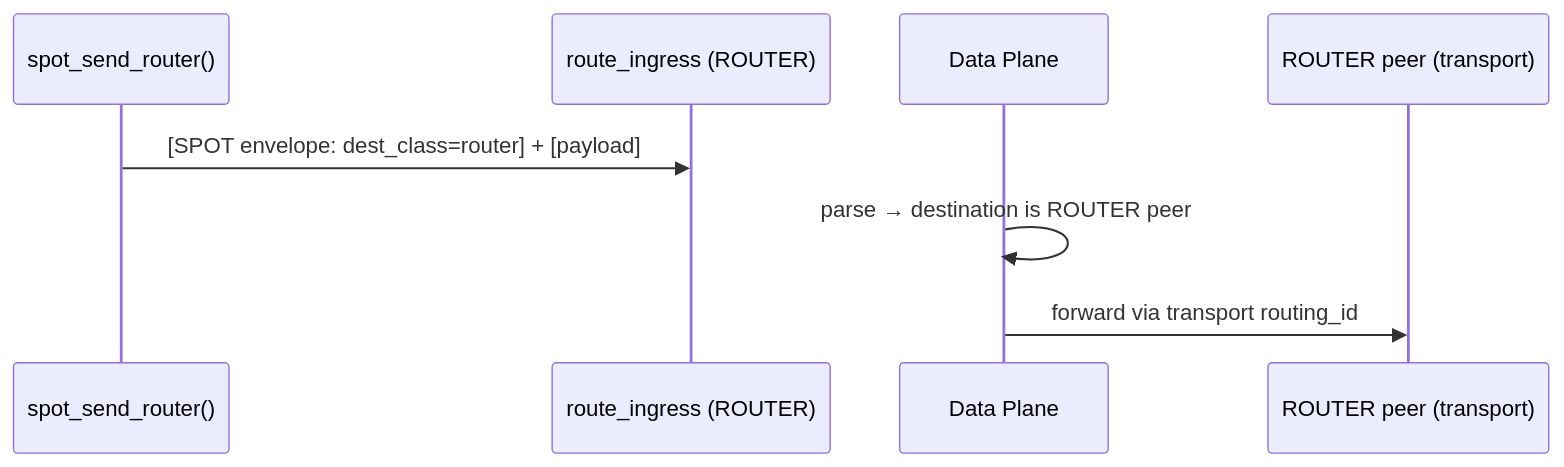
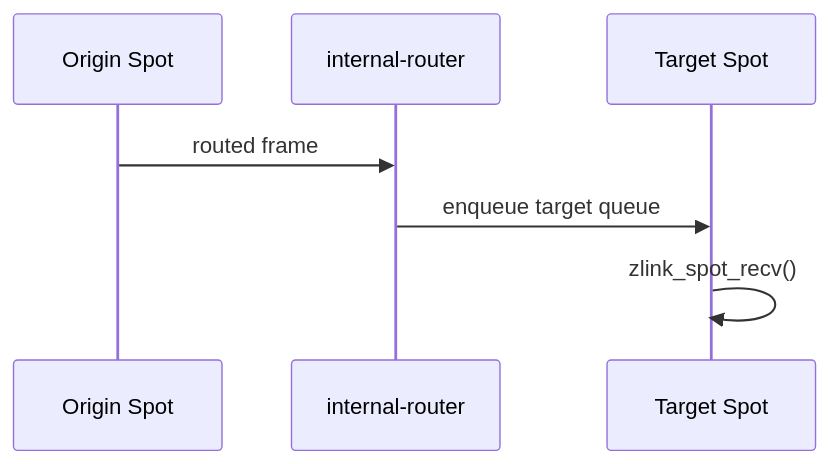
The fourth of 5 diagrams in doc/internals/spot-internals.md (kairos-code-dev/zlink), drawn with Mermaid before and after one commit. The commit also changed other lines of this file and 117 other files, not shown here.

````diff
--- a/doc/internals/spot-internals.md
+++ b/doc/internals/spot-internals.md
@@ -291,11 +173,10 @@
 ```mermaid
 sequenceDiagram
-    participant Spot as spot_send_router()
-    participant RouteIn as route_ingress (ROUTER)
-    participant DP as Data Plane
-    participant Peer as ROUTER peer (transport)
+    participant Sender as Origin Spot
+    participant Internal as internal-router
+    participant Target as Target Spot
 
-    Spot->>RouteIn: [SPOT envelope: dest_class=router] + [payload]
-    DP->>DP: parse → destination is ROUTER peer
-    DP->>Peer: forward via transport routing_id
+    Sender->>Internal: routed frame
+    Internal->>Target: enqueue target queue
+    Target->>Target: zlink_spot_recv()
 ```
````
